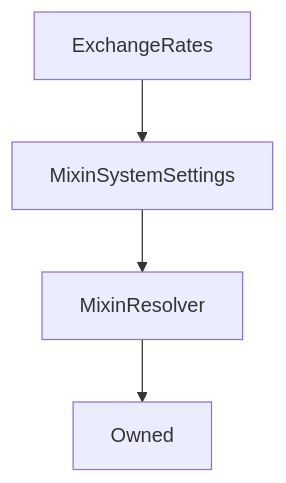
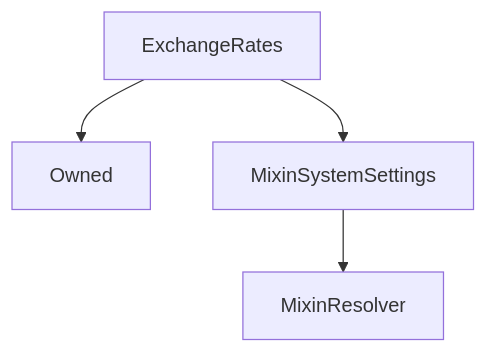
Before and after one commit to Synthetixio/synthetix-docs: the diagram in content/contracts/source/contracts/ExchangeRates.md, drawn with Mermaid. The commit also changed other lines of this file and 117 other files, not shown here.

````diff
--- a/content/contracts/source/contracts/ExchangeRates.md
+++ b/content/contracts/source/contracts/ExchangeRates.md
@@ -26,7 +26,7 @@
 ```mermaid
 graph TD
+    ExchangeRates[ExchangeRates] --> Owned[Owned]
     ExchangeRates[ExchangeRates] --> MixinSystemSettings[MixinSystemSettings]
     MixinSystemSettings[MixinSystemSettings] --> MixinResolver[MixinResolver]
-    MixinResolver[MixinResolver] --> Owned[Owned]
 
 ```
````
